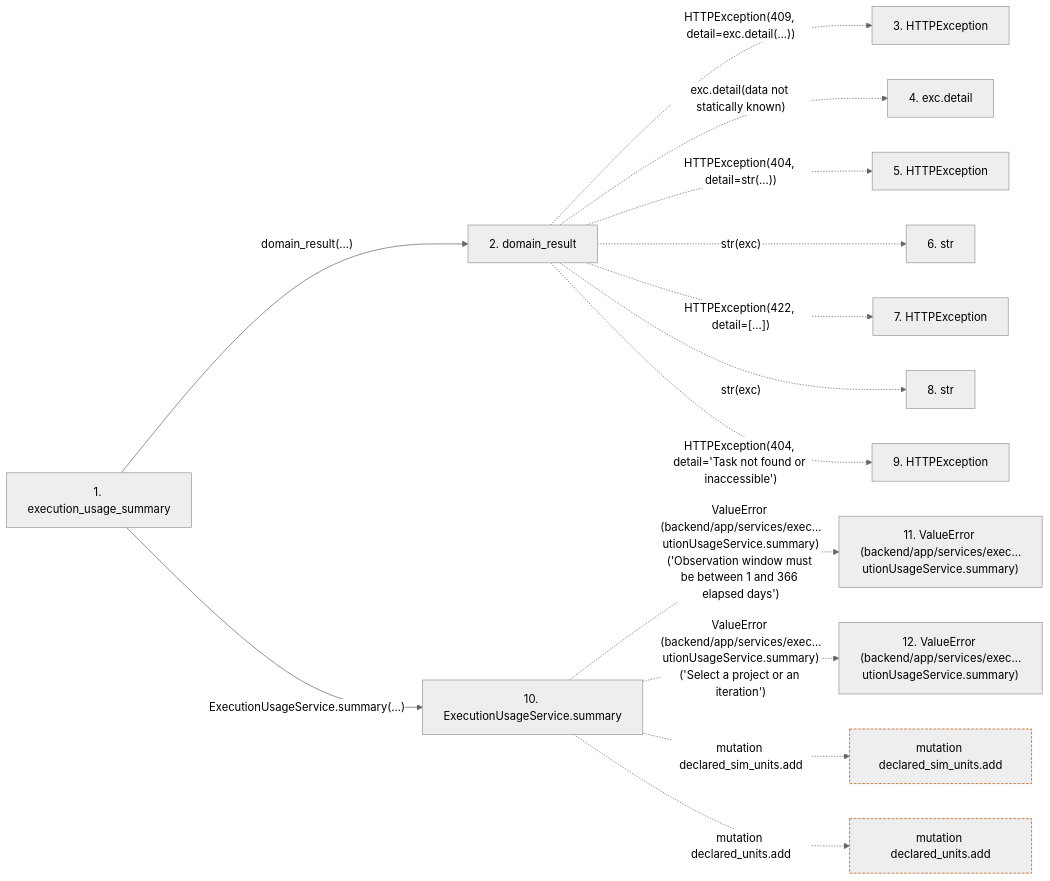
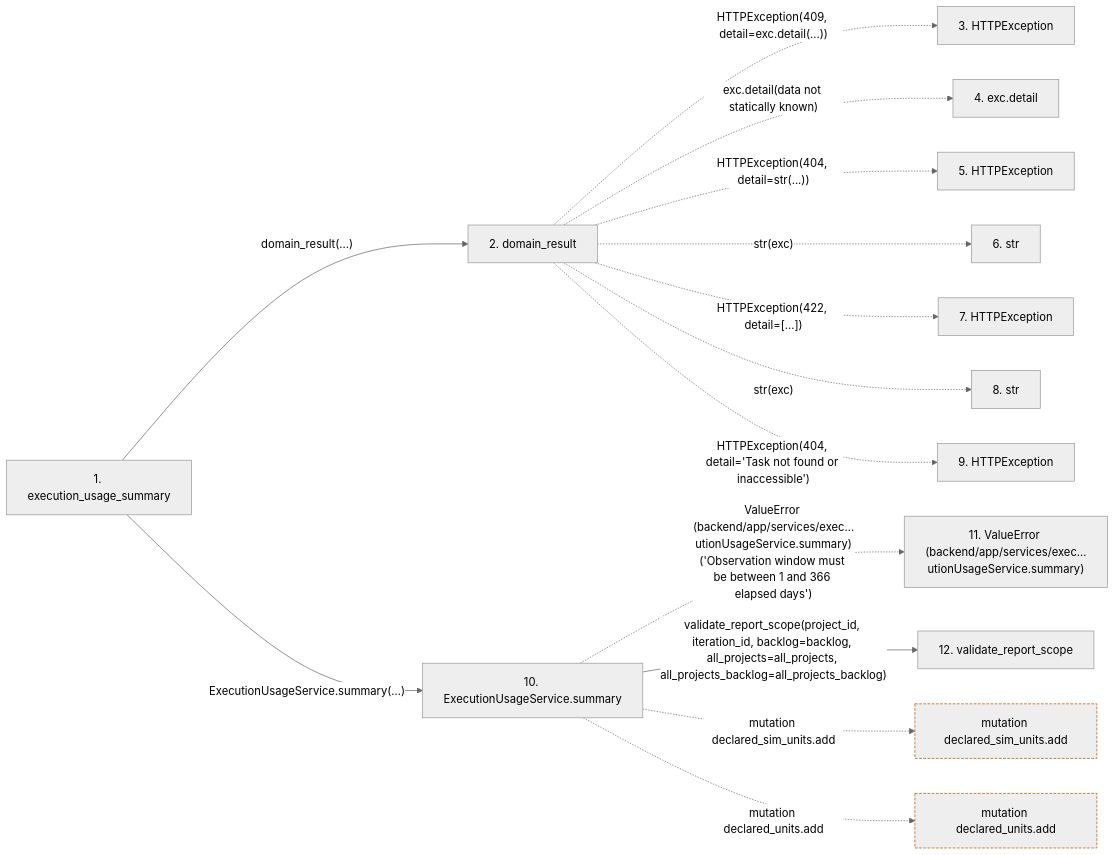
Before and after one commit to Denissvgn/WorkChord: the second of 2 diagrams in docs/llm_wiki/flows/http-execution_usage_summary.md, drawn with Mermaid (neutral theme). The commit also changed other lines of this file and 2373 other files, not shown here.

````diff
--- a/docs/llm_wiki/flows/http-execution_usage_summary.md
+++ b/docs/llm_wiki/flows/http-execution_usage_summary.md
@@ -137,36 +138,37 @@
 ```mermaid
 flowchart LR
     s1["1. execution_usage_summary"]
     s2["2. domain_result"]
     s3["3. HTTPException"]
     s4["4. exc.detail"]
     s5["5. HTTPException"]
     s6["6. str"]
     s7["7. HTTPException"]
     s8["8. str"]
     s9["9. HTTPException"]
     s10["10. ExecutionUsageService.summary"]
     s11["11. ValueError (backend/app/services/exec…utionUsageService.summary)"]
-    s12["12. ValueError (backend/app/services/exec…utionUsageService.summary)"]
+    s12["12. validate_report_scope"]
     s1 -->|"domain_result(...)"| s2
     s2 -. "HTTPException(409, detail=exc.detail(...))" .-> s3
     s2 -. "exc.detail(data not statically known)" .-> s4
     s2 -. "HTTPException(404, detail=str(...))" .-> s5
     s2 -. "str(exc)" .-> s6
     s2 -. "HTTPException(422, detail=[...])" .-> s7
     s2 -. "str(exc)" .-> s8
     s2 -. "HTTPException(404, detail='Task not found or inaccessible')" .-> s9
     s1 -->|"ExecutionUsageService.summary(…)"| s10
     s10 -. "ValueError (backend/app/services/exec…utionUsageService.summary)('Observation window must be between 1 and 366 elapsed days')" .-> s11
-    s10 -. "ValueError (backend/app/services/exec…utionUsageService.summary)('Select a project or an iteration')" .-> s12
+    s10 -->|"validate_report_scope(project_id, iteration_id, backlog=backlog, all_projects=all_projects, all_projects_backlog=all_projects_backlog)"| s12
     b0["mutation declared_sim_units.add"]
     s10 -. "mutation declared_sim_units.add" .-> b0
     b1["mutation declared_units.add"]
     s10 -. "mutation declared_units.add" .-> b1
     click s1 "../modules/routers_task_domain.md"
     click s2 "../modules/routers_task_domain.md"
     click s10 "../modules/execution_usage_service.md"
+    click s12 "../modules/delivery_metrics_service.md"
     classDef boundary stroke:#b45309,stroke-dasharray: 4 2
     class b0 boundary
     class b1 boundary
 ```
````
